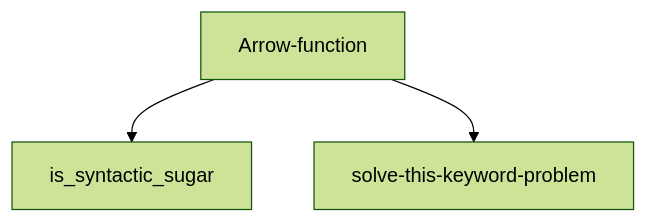
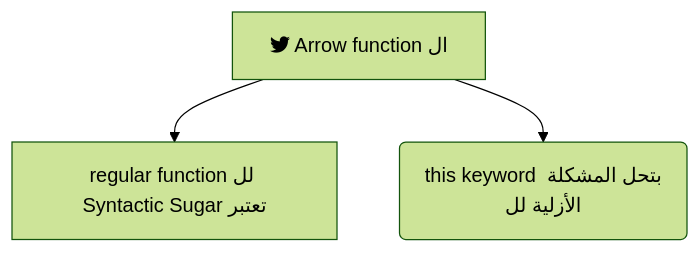
The diagram in javascript/syntactic sugar مجرد Arrow function هل ال.md (Ak-ram/Frontend-Interview-Questions), drawn with Mermaid (forest theme) before and after one commit. The commit also changed other lines of this file, not shown here.

Commit message:
Update syntactic sugar مجرد Arrow function هل ال.md

````diff
--- a/javascript/syntactic sugar مجرد Arrow function هل ال.md
+++ b/javascript/syntactic sugar مجرد Arrow function هل ال.md
@@ -13,6 +13,6 @@
  ```mermaid
-  graph TD;
-    Arrow-function-->is_syntactic_sugar;
-    Arrow-function-->solve-this-keyword-problem;
-
+  flowchart TD
+    B["fab:fa-twitter Arrow function ال"]
+    B-->C[ regular function لل Syntactic Sugar تعتبر]
+    B-->E(this keyword بتحل المشكلة الأزلية لل )
 ```
````
